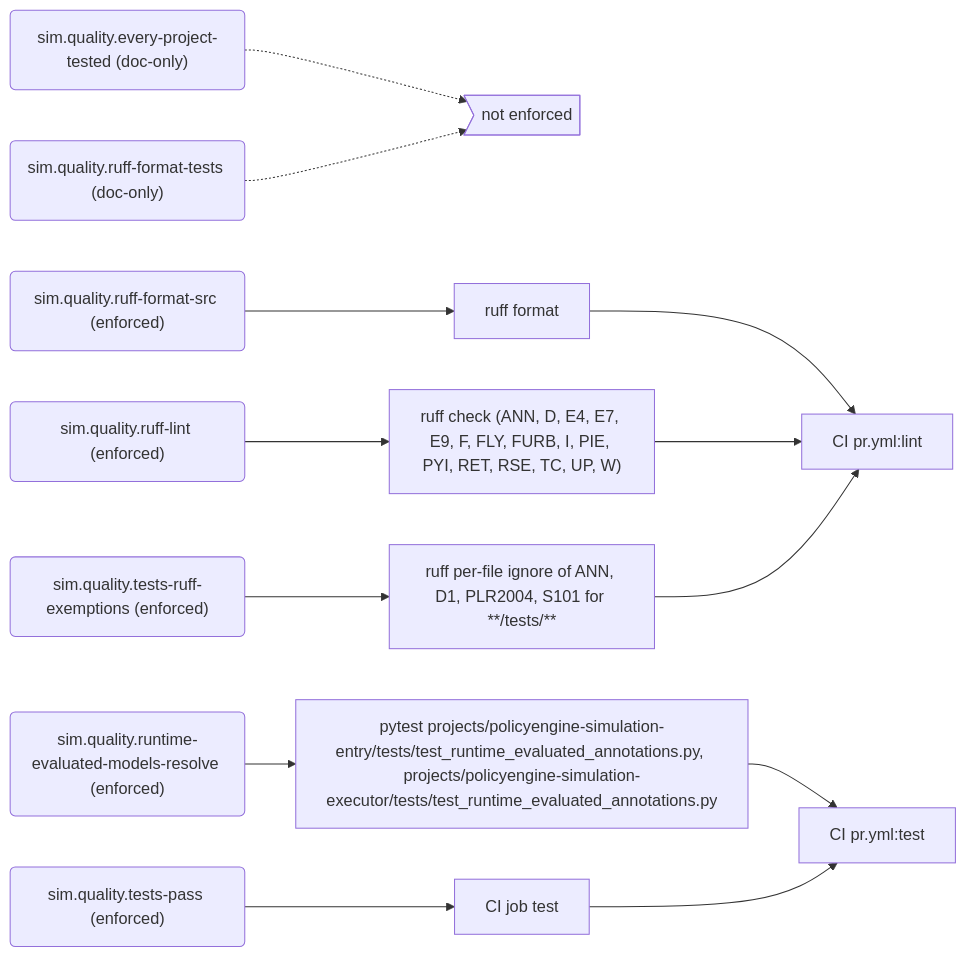
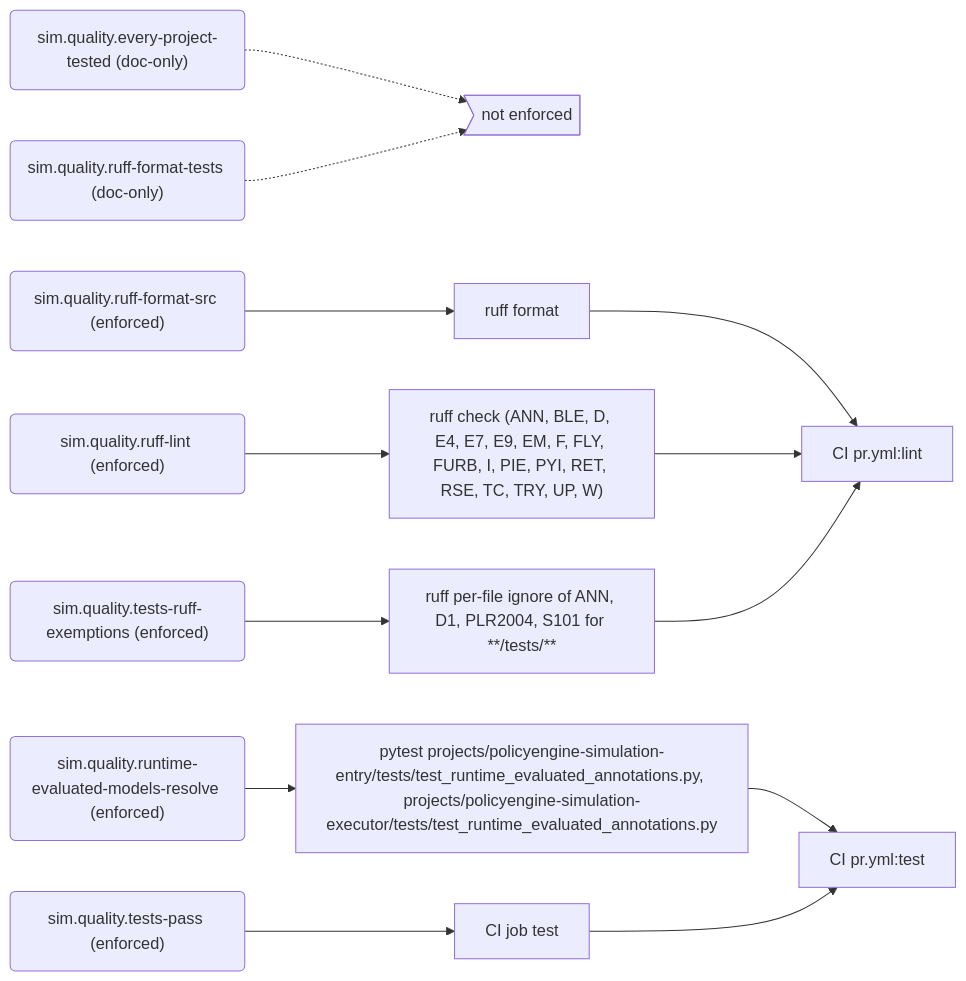
One commit to PolicyEngine/policyengine-sim-api changed the sixth of 8 diagrams in docs/generated/rules.md. Above: the diagram before and after it, drawn with Mermaid. The commit also changed other lines of this file and 3 other files, not shown here.

First line of the commit message:
Register TRY, EM and BLE in the ruff-lint rule

````diff
--- a/docs/generated/rules.md
+++ b/docs/generated/rules.md
@@ -257,30 +257,30 @@
 ```mermaid
 flowchart LR
   r_sim_quality_every_project_tested("sim.quality.every-project-tested (doc-only)")
   gap_unenforced>"not enforced"]
   r_sim_quality_ruff_format_src("sim.quality.ruff-format-src (enforced)")
   e_ruff_format["ruff format"]
   j_CI_pr_yml_lint["CI pr.yml:lint"]
   r_sim_quality_ruff_format_tests("sim.quality.ruff-format-tests (doc-only)")
   r_sim_quality_ruff_lint("sim.quality.ruff-lint (enforced)")
-  e_ruff_check__ANN__D__E4__E7__E9__F__FLY__FURB__I__PIE__PYI__RET__RSE__TC__UP__W_["ruff check (ANN, D, E4, E7, E9, F, FLY, FURB, I, PIE, PYI, RET, RSE, TC, UP, W)"]
+  e_ruff_check__ANN__BLE__D__E4__E7__E9__EM__F__FLY__FURB__I__PIE__PYI__RET__RSE__TC__TRY__UP__W_["ruff check (ANN, BLE, D, E4, E7, E9, EM, F, FLY, FURB, I, PIE, PYI, RET, RSE, TC, TRY, UP, W)"]
   r_sim_quality_runtime_evaluated_models_resolve("sim.quality.runtime-evaluated-models-resolve (enforced)")
   e_pytest_projects_policyengine_simulation_entry_tests_test_runtime_evaluated_annotations_py__projects_policyengine_simulation_executor_tests_test_runtime_evaluated_annotations_py["pytest projects/policyengine-simulation-entry/tests/test_runtime_evaluated_annotations.py, projects/policyengine-simulation-executor/tests/test_runtime_evaluated_annotations.py"]
   j_CI_pr_yml_test["CI pr.yml:test"]
   r_sim_quality_tests_pass("sim.quality.tests-pass (enforced)")
   e_CI_job_test["CI job test"]
   r_sim_quality_tests_ruff_exemptions("sim.quality.tests-ruff-exemptions (enforced)")
   e_ruff_per_file_ignore_of_ANN__D1__PLR2004__S101_for____tests___["ruff per-file ignore of ANN, D1, PLR2004, S101 for **/tests/**"]
   r_sim_quality_every_project_tested -.-> gap_unenforced
   r_sim_quality_ruff_format_src --> e_ruff_format
   e_ruff_format --> j_CI_pr_yml_lint
   r_sim_quality_ruff_format_tests -.-> gap_unenforced
-  r_sim_quality_ruff_lint --> e_ruff_check__ANN__D__E4__E7__E9__F__FLY__FURB__I__PIE__PYI__RET__RSE__TC__UP__W_
-  e_ruff_check__ANN__D__E4__E7__E9__F__FLY__FURB__I__PIE__PYI__RET__RSE__TC__UP__W_ --> j_CI_pr_yml_lint
+  r_sim_quality_ruff_lint --> e_ruff_check__ANN__BLE__D__E4__E7__E9__EM__F__FLY__FURB__I__PIE__PYI__RET__RSE__TC__TRY__UP__W_
+  e_ruff_check__ANN__BLE__D__E4__E7__E9__EM__F__FLY__FURB__I__PIE__PYI__RET__RSE__TC__TRY__UP__W_ --> j_CI_pr_yml_lint
   r_sim_quality_runtime_evaluated_models_resolve --> e_pytest_projects_policyengine_simulation_entry_tests_test_runtime_evaluated_annotations_py__projects_policyengine_simulation_executor_tests_test_runtime_evaluated_annotations_py
   e_pytest_projects_policyengine_simulation_entry_tests_test_runtime_evaluated_annotations_py__projects_policyengine_simulation_executor_tests_test_runtime_evaluated_annotations_py --> j_CI_pr_yml_test
   r_sim_quality_tests_pass --> e_CI_job_test
   e_CI_job_test --> j_CI_pr_yml_test
   r_sim_quality_tests_ruff_exemptions --> e_ruff_per_file_ignore_of_ANN__D1__PLR2004__S101_for____tests___
   e_ruff_per_file_ignore_of_ANN__D1__PLR2004__S101_for____tests___ --> j_CI_pr_yml_lint
 ```
````
